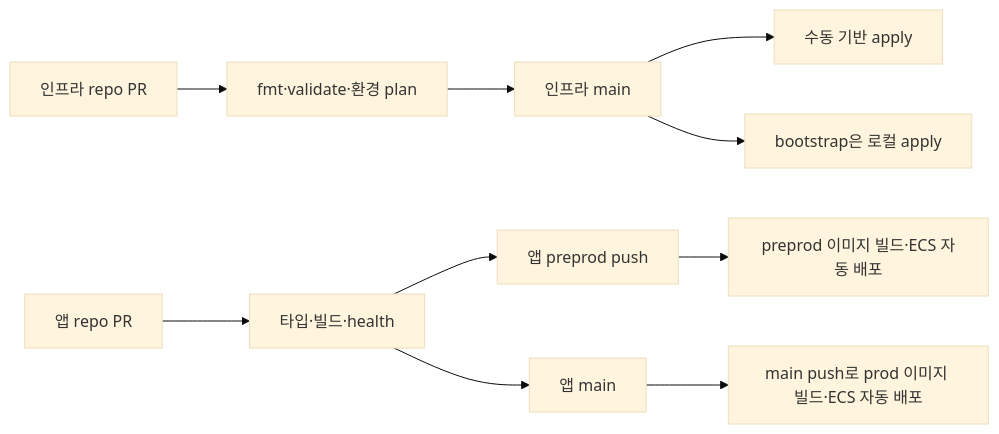
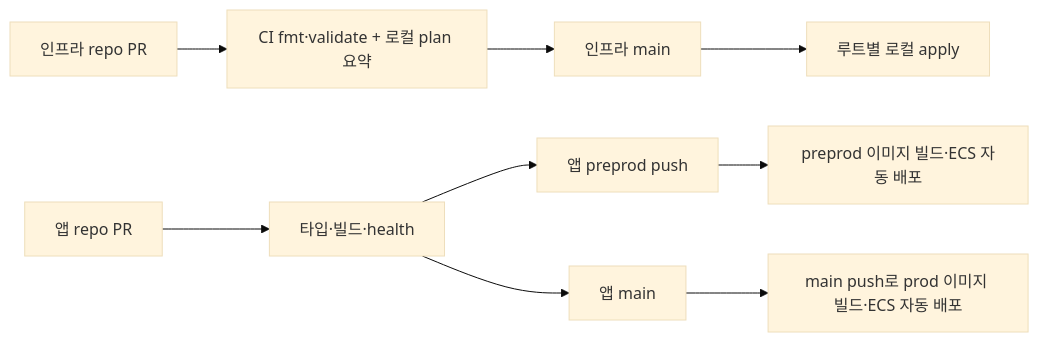
The second of 2 diagrams in docs/architecture.md (ban-dal/aws-ecs-fullstack-app), drawn with Mermaid (base theme) before and after one commit. The commit also changed other lines of this file and 23 other files, not shown here.

Commit message:
Apply all Terraform roots locally and remove infra GitHub roles

````diff
--- a/docs/architecture.md
+++ b/docs/architecture.md
@@ -43,12 +43,11 @@
 ```mermaid
 flowchart LR
-  InfraPR[인프라 repo PR] --> Plan[fmt·validate·환경 plan]
-  Plan --> InfraMain[인프라 main]
-  InfraMain --> Foundation[수동 기반 apply]
-  InfraMain --> Bootstrap[bootstrap은 로컬 apply]
+  InfraPR[인프라 repo PR] --> Check[CI fmt·validate + 로컬 plan 요약]
+  Check --> InfraMain[인프라 main]
+  InfraMain --> LocalApply[루트별 로컬 apply]
   AppPR[앱 repo PR] --> AppCheck[타입·빌드·health]
   AppCheck --> Preprod[앱 preprod push]
   Preprod --> PreprodDeploy[preprod 이미지 빌드·ECS 자동 배포]
   AppCheck --> AppMain[앱 main]
   AppMain --> ProdDeploy[main push로 prod 이미지 빌드·ECS 자동 배포]
 ```
````
